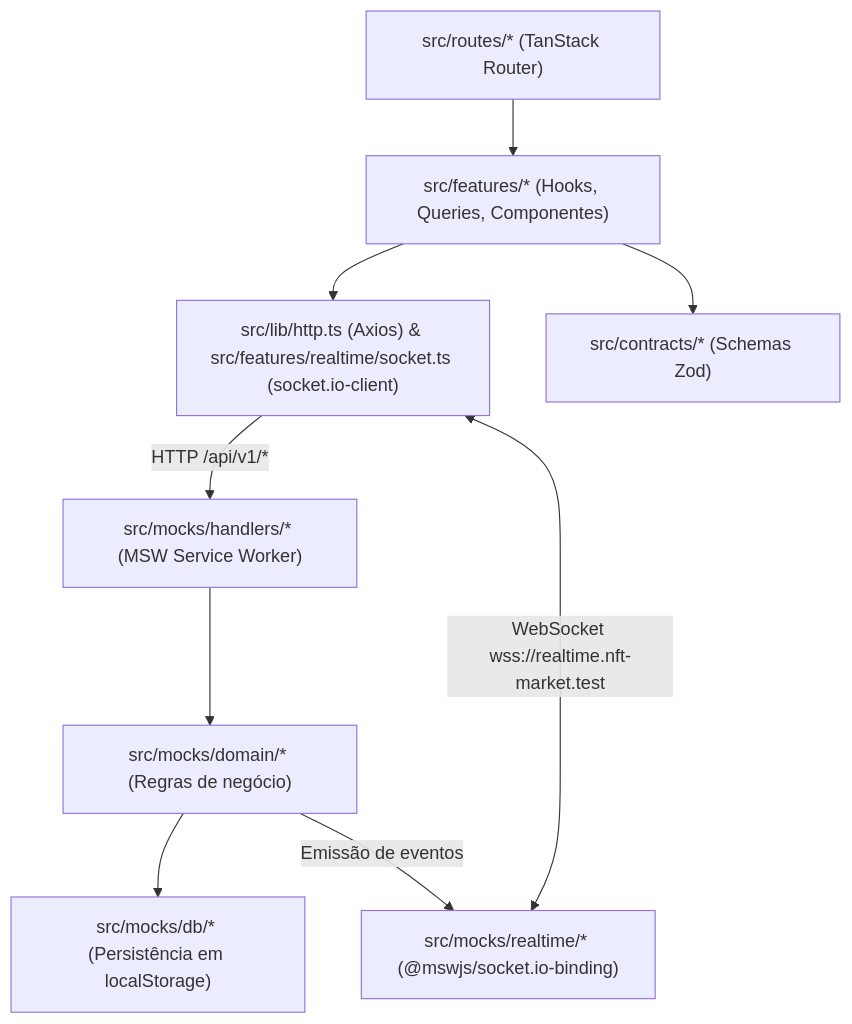
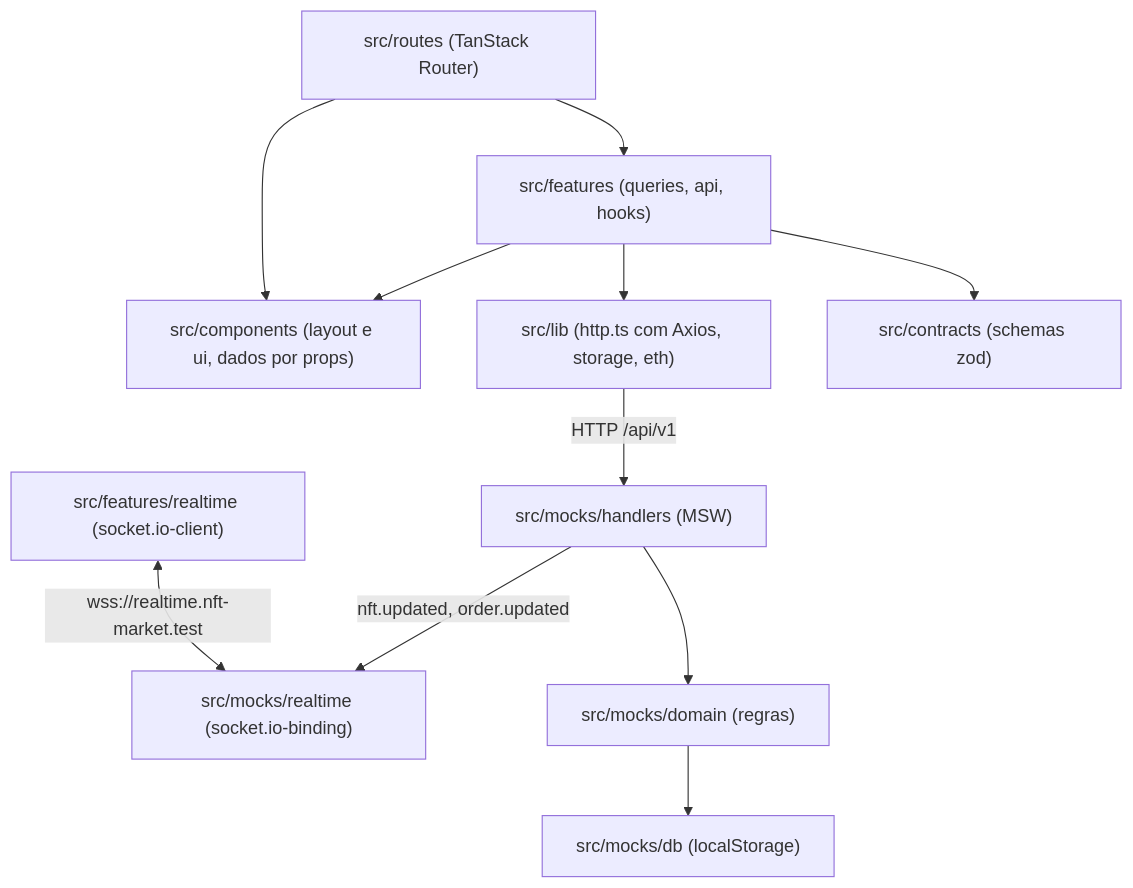
One commit to he445/desafio changed the diagram in ARCHITECTURE.md. Above: the diagram before and after it, drawn with Mermaid. The commit also changed other lines of this file and 12 other files, not shown here.

First line of the commit message:
refactor(layout): feed layout components through props

````diff
--- a/ARCHITECTURE.md
+++ b/ARCHITECTURE.md
@@ -7,11 +7,13 @@
 ```mermaid
 flowchart TD
-  Routes["src/routes/* (TanStack Router)"] --> Features["src/features/* (Hooks, Queries, Componentes)"]
-  Features --> Lib["src/lib/http.ts (Axios) & src/features/realtime/socket.ts (socket.io-client)"]
-  Features --> Contracts["src/contracts/* (Schemas Zod)"]
-  Lib -->|HTTP /api/v1/*| MSWRest["src/mocks/handlers/* (MSW Service Worker)"]
-  Lib <-->|WebSocket wss://realtime.nft-market.test| MSWSocket["src/mocks/realtime/* (@mswjs/socket.io-binding)"]
-  MSWRest --> Domain["src/mocks/domain/* (Regras de negócio)"]
-  Domain --> DB["src/mocks/db/* (Persistência em localStorage)"]
-  Domain -->|Emissão de eventos| MSWSocket
+  Routes["src/routes (TanStack Router)"] --> Features["src/features (queries, api, hooks)"]
+  Routes --> Components["src/components (layout e ui, dados por props)"]
+  Features --> Components
+  Features --> Lib["src/lib (http.ts com Axios, storage, eth)"]
+  Features --> Contracts["src/contracts (schemas zod)"]
+  Lib -->|"HTTP /api/v1"| Handlers["src/mocks/handlers (MSW)"]
+  Realtime["src/features/realtime (socket.io-client)"] <-->|"wss://realtime.nft-market.test"| Socket["src/mocks/realtime (socket.io-binding)"]
+  Handlers --> Domain["src/mocks/domain (regras)"]
+  Domain --> Db["src/mocks/db (localStorage)"]
+  Handlers -->|"nft.updated, order.updated"| Socket
 ```
````
